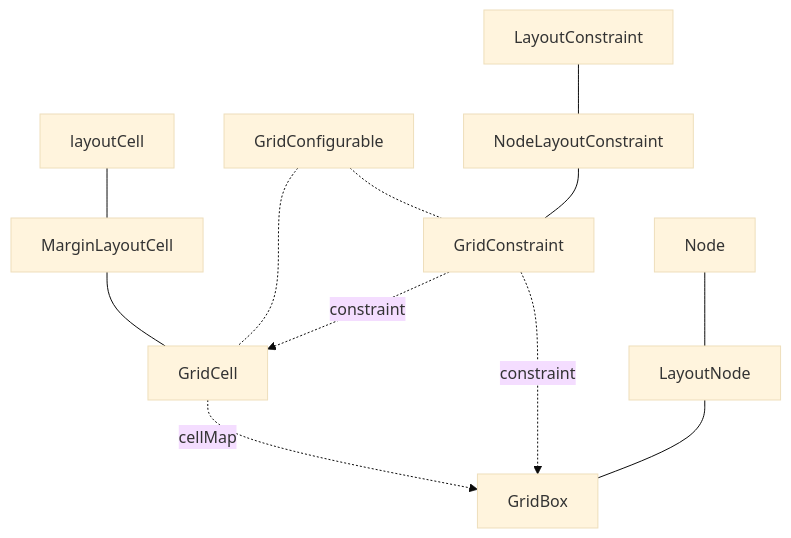
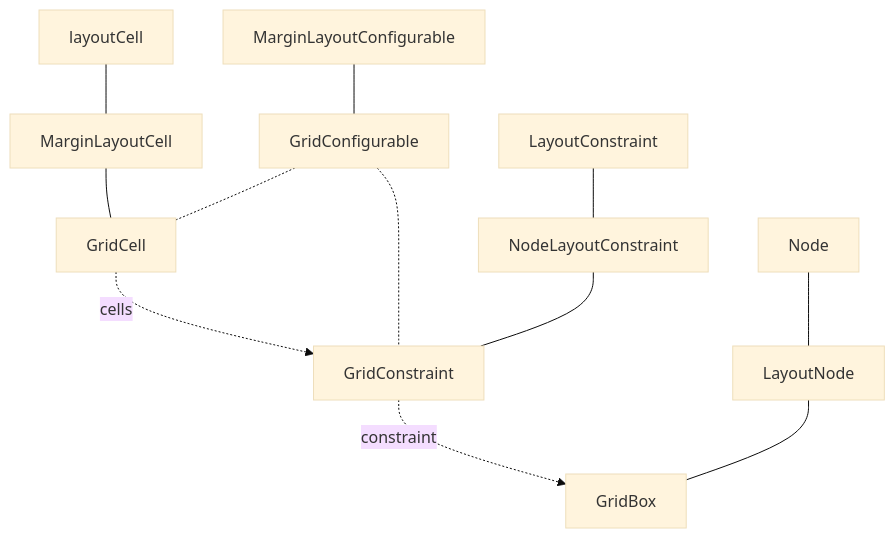
The second of 7 diagrams in doc/layout-implementation-notes.md (phetsims/scenery), drawn with Mermaid (base theme) before and after one commit. The commit also changed other lines of this file, not shown here.

Commit message:
Clear up composition relationships for Flow and Grid, see: https://github.com/phetsims/scenery/issues/1464

````diff
--- a/doc/layout-implementation-notes.md
+++ b/doc/layout-implementation-notes.md
@@ -38,15 +38,17 @@
 ```mermaid
 flowchart TD
     layoutCell --- MarginLayoutCell
     MarginLayoutCell --- GridCell
+    GridCell -.cells.-> GridConstraint
+    
+    MarginLayoutConfigurable --- GridConfigurable
     GridConfigurable -.- GridCell & GridConstraint
     
     LayoutConstraint --- NodeLayoutConstraint
     NodeLayoutConstraint --- GridConstraint
-    GridCell -.cellMap.-> GridBox
-    GridConstraint -.constraint.-> GridCell & GridBox
+    GridConstraint -.constraint.-> GridBox
     
     Node --- LayoutNode
     LayoutNode --- GridBox
 
  ```
````
